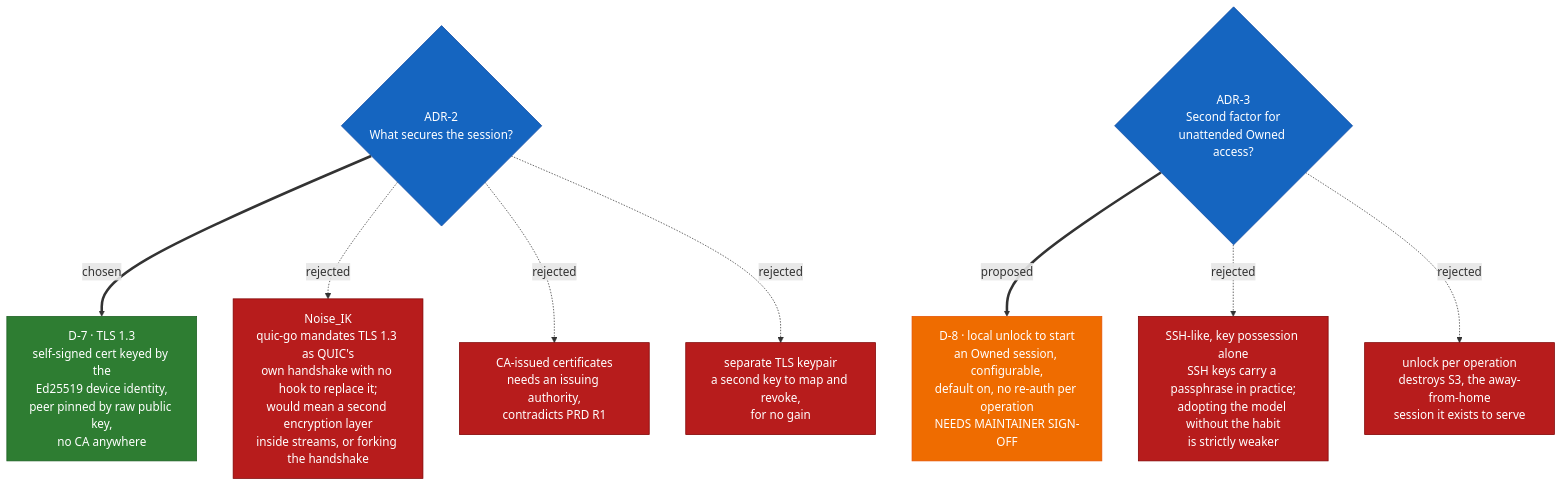
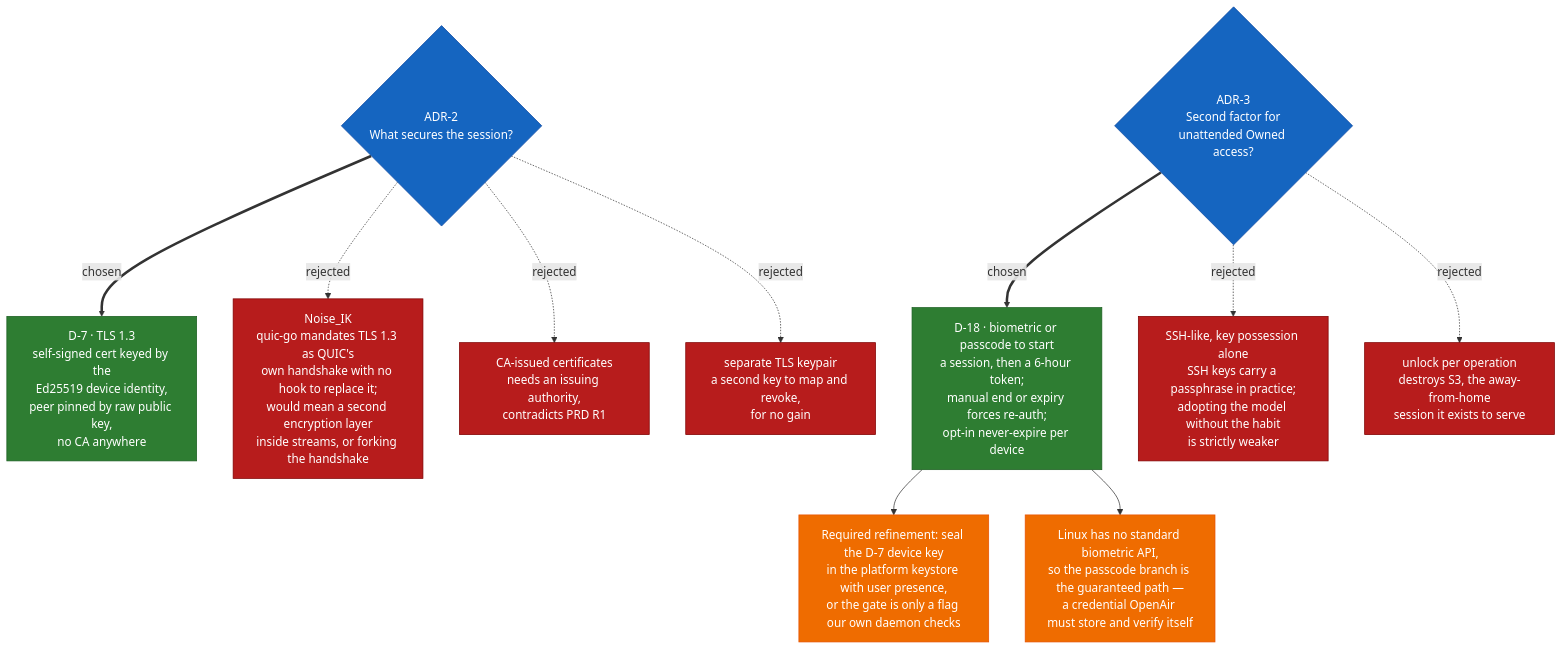
The second of 4 diagrams in docs/decision-tree.md (shreyashsri79/OpenAir), drawn with Mermaid before and after one commit. The commit also changed other lines of this file and 1 other file, not shown here.

````diff
--- a/docs/decision-tree.md
+++ b/docs/decision-tree.md
@@ -64,18 +65,20 @@
 ```mermaid
 flowchart TD
     Q3{"ADR-2<br/>What secures the session?"}:::question
     Q3 ==chosen==> D7["D-7 · TLS 1.3<br/>self-signed cert keyed by the<br/>Ed25519 device identity,<br/>peer pinned by raw public key,<br/>no CA anywhere"]:::accepted
     Q3 -.rejected.-> R3A["Noise_IK<br/>quic-go mandates TLS 1.3 as QUIC's<br/>own handshake with no hook to replace it;<br/>would mean a second encryption layer<br/>inside streams, or forking the handshake"]:::rejected
     Q3 -.rejected.-> R3B["CA-issued certificates<br/>needs an issuing authority,<br/>contradicts PRD R1"]:::rejected
     Q3 -.rejected.-> R3C["separate TLS keypair<br/>a second key to map and revoke,<br/>for no gain"]:::rejected
 
     Q4{"ADR-3<br/>Second factor for<br/>unattended Owned access?"}:::question
-    Q4 ==proposed==> D8["D-8 · local unlock to start<br/>an Owned session, configurable,<br/>default on, no re-auth per operation<br/>NEEDS MAINTAINER SIGN-OFF"]:::open
+    Q4 ==chosen==> D18["D-18 · biometric or passcode to start<br/>a session, then a 6-hour token;<br/>manual end or expiry forces re-auth;<br/>opt-in never-expire per device"]:::accepted
+    D18 --> SEAL["Required refinement: seal the D-7 device key<br/>in the platform keystore with user presence,<br/>or the gate is only a flag our own daemon checks"]:::open
+    D18 --> LNX["Linux has no standard biometric API,<br/>so the passcode branch is the guaranteed path —<br/>a credential OpenAir must store and verify itself"]:::open
     Q4 -.rejected.-> R4A["SSH-like, key possession alone<br/>SSH keys carry a passphrase in practice;<br/>adopting the model without the habit<br/>is strictly weaker"]:::rejected
     Q4 -.rejected.-> R4B["unlock per operation<br/>destroys S3, the away-from-home<br/>session it exists to serve"]:::rejected
 
     classDef question fill:#1565c0,color:#fff,stroke:#0d47a1
     classDef accepted fill:#2e7d32,color:#fff,stroke:#1b5e20
     classDef rejected fill:#b71c1c,color:#fff,stroke:#7f0000
     classDef open fill:#ef6c00,color:#fff,stroke:#e65100
 ```
````
